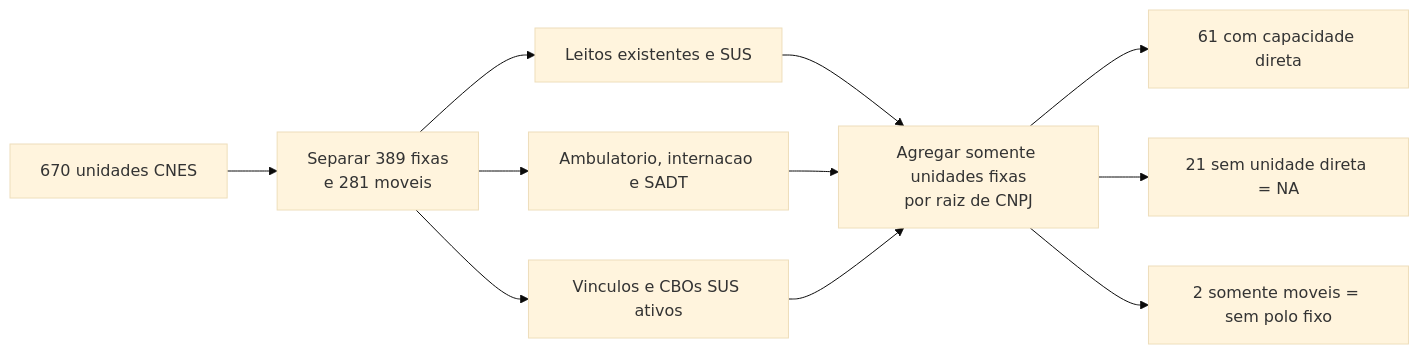
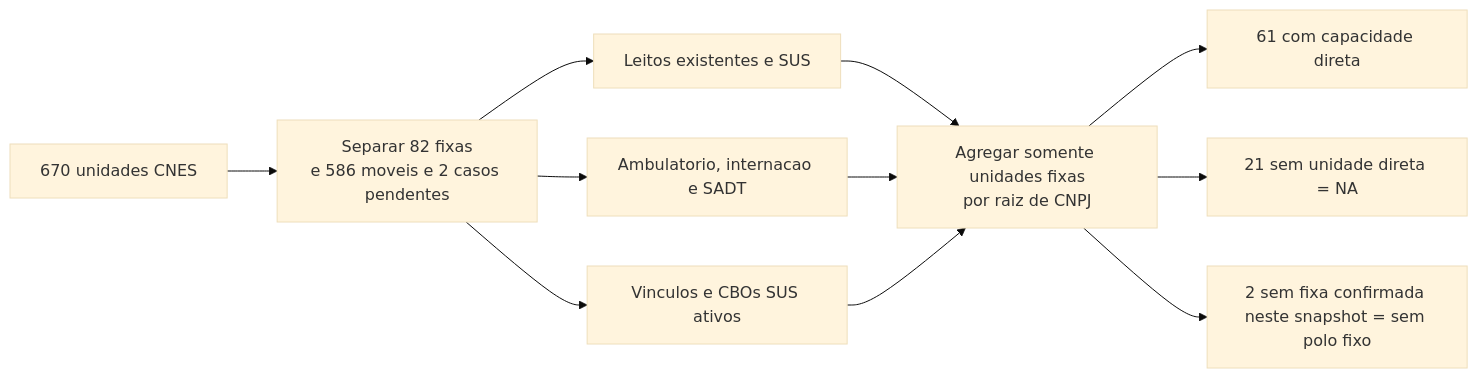
Before and after one commit to driano1221/consorcios-mg-dados-territorio: the fourth of 8 diagrams in analises/modelo_gravitacional_saude/METODOLOGIA_GERAL.md, drawn with Mermaid (base theme). The commit also changed other lines of this file and 15 other files, not shown here.

````diff
--- a/analises/modelo_gravitacional_saude/METODOLOGIA_GERAL.md
+++ b/analises/modelo_gravitacional_saude/METODOLOGIA_GERAL.md
@@ -317,13 +325,13 @@
 ```mermaid
 flowchart LR
-    A["670 unidades CNES"] --> B["Separar 389 fixas<br/>e 281 moveis"]
+    A["670 unidades CNES"] --> B["Separar 82 fixas<br/>e 586 moveis e 2 casos pendentes"]
     B --> C["Leitos existentes e SUS"]
     B --> D["Ambulatorio, internacao e SADT"]
     B --> E["Vinculos e CBOs SUS ativos"]
     C --> F["Agregar somente unidades fixas<br/>por raiz de CNPJ"]
     D --> F
     E --> F
     F --> G["61 com capacidade direta"]
     F --> H["21 sem unidade direta = NA"]
-    F --> I["2 somente moveis = sem polo fixo"]
+    F --> I["2 sem fixa confirmada neste snapshot = sem polo fixo"]
 ```
````
